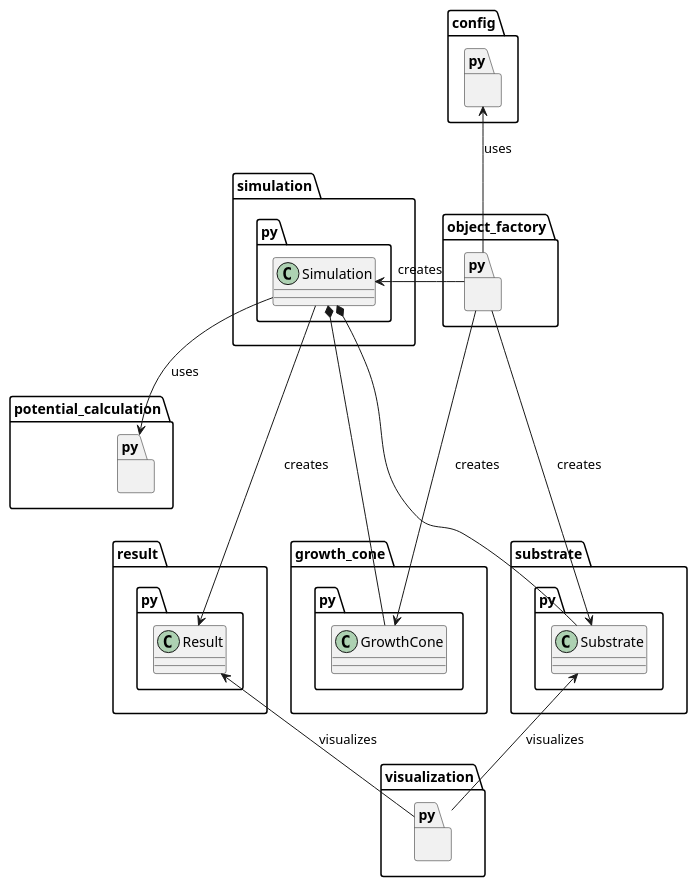
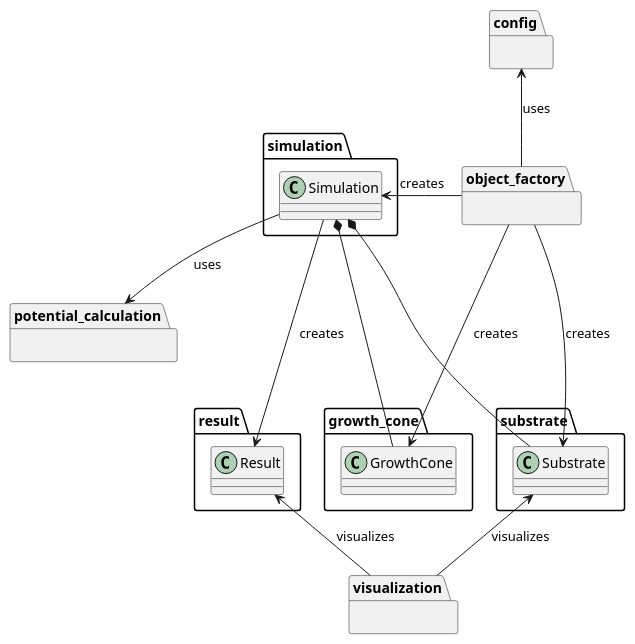
Before and after one commit to yavuzkaraca/Topographic-Projection-Sim: the first of 2 diagrams in docs/diagram/diagram.puml, drawn with PlantUML. The commit also changed other lines of this file and 11 other files, not shown here.

```diff
--- a/docs/diagram/diagram.puml
+++ b/docs/diagram/diagram.puml
@@ -1,39 +1,39 @@
 @startuml Overview
-package config.py{
+package config{
 
 }
-package growth_cone.py{
+package growth_cone{
     class GrowthCone
 }
-package potential_calculation.py{
+package potential_calculation{
     
 }
-package result.py{
+package result{
     class Result
 }
-package object_factory.py{
+package object_factory{
     
 }
-package simulation.py{
+package simulation{
     class Simulation
 }
-package substrate.py{
+package substrate{
     class Substrate
 }
-package visualization.py{
+package visualization{
 
 }
 
-config.py <-- object_factory.py :  uses 
-object_factory.py --> GrowthCone : creates 
-object_factory.py --> Substrate : creates 
-object_factory.py -> Simulation : creates
-Simulation --> potential_calculation.py : uses 
+config <-- object_factory :  uses
+object_factory --> GrowthCone : creates
+object_factory --> Substrate : creates
+object_factory -> Simulation : creates
+Simulation --> potential_calculation : uses
 Simulation ---> Result : creates 
-Result <-- visualization.py : visualizes
-Substrate <-- visualization.py : visualizes
+Result <-- visualization : visualizes
+Substrate <-- visualization : visualizes
 
 Simulation *--- Substrate 
 Simulation *--- GrowthCone
 
 @enduml
```
